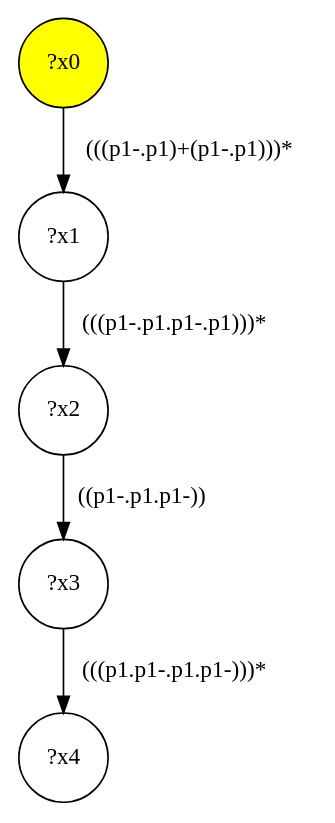
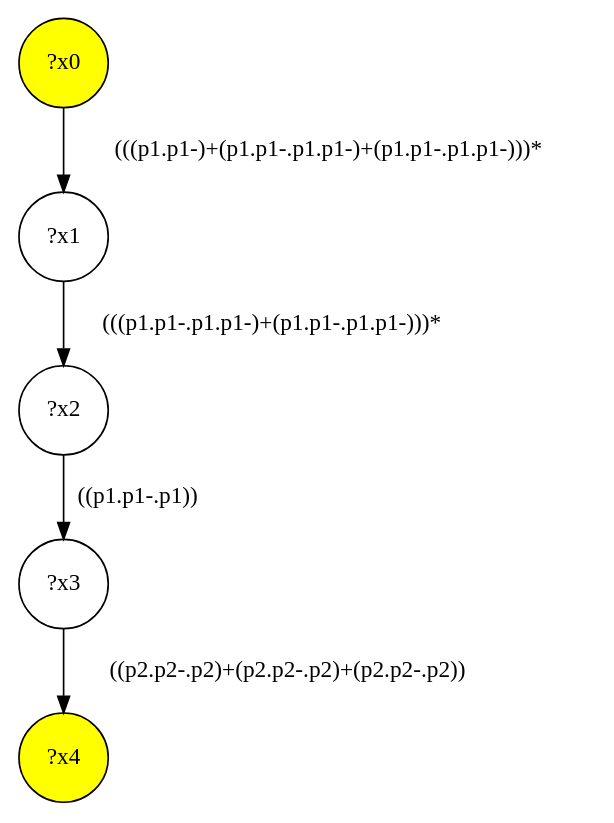
One commit to gbagan/gmark changed the diagram in src/queryinterface/interface-queries/query-40.dot. Above: the diagram before and after it, drawn with Graphviz. The commit also changed 150 other files, not shown here.

```diff
--- a/src/queryinterface/interface-queries/query-40.dot
+++ b/src/queryinterface/interface-queries/query-40.dot
@@ -1,11 +1,11 @@
 digraph g {
 	x0 [fillcolor="yellow", style="filled," shape=circle, label="?x0"];
+	x4 [fillcolor="yellow", style="filled," shape=circle, label="?x4"];
 	x1 [shape=circle, label="?x1"];
-	x0 -> x1 [label="(((p1-.p1)+(p1-.p1)))*"];
+	x0 -> x1 [label="(((p1.p1-)+(p1.p1-.p1.p1-)+(p1.p1-.p1.p1-)))*"];
 	x2 [shape=circle, label="?x2"];
-	x1 -> x2 [label="(((p1-.p1.p1-.p1)))*"];
+	x1 -> x2 [label="(((p1.p1-.p1.p1-)+(p1.p1-.p1.p1-)))*"];
 	x3 [shape=circle, label="?x3"];
-	x2 -> x3 [label="((p1-.p1.p1-))"];
-	x4 [shape=circle, label="?x4"];
-	x3 -> x4 [label="(((p1.p1-.p1.p1-)))*"];
+	x2 -> x3 [label="((p1.p1-.p1))"];
+	x3 -> x4 [label="((p2.p2-.p2)+(p2.p2-.p2)+(p2.p2-.p2))"];
 }
```
